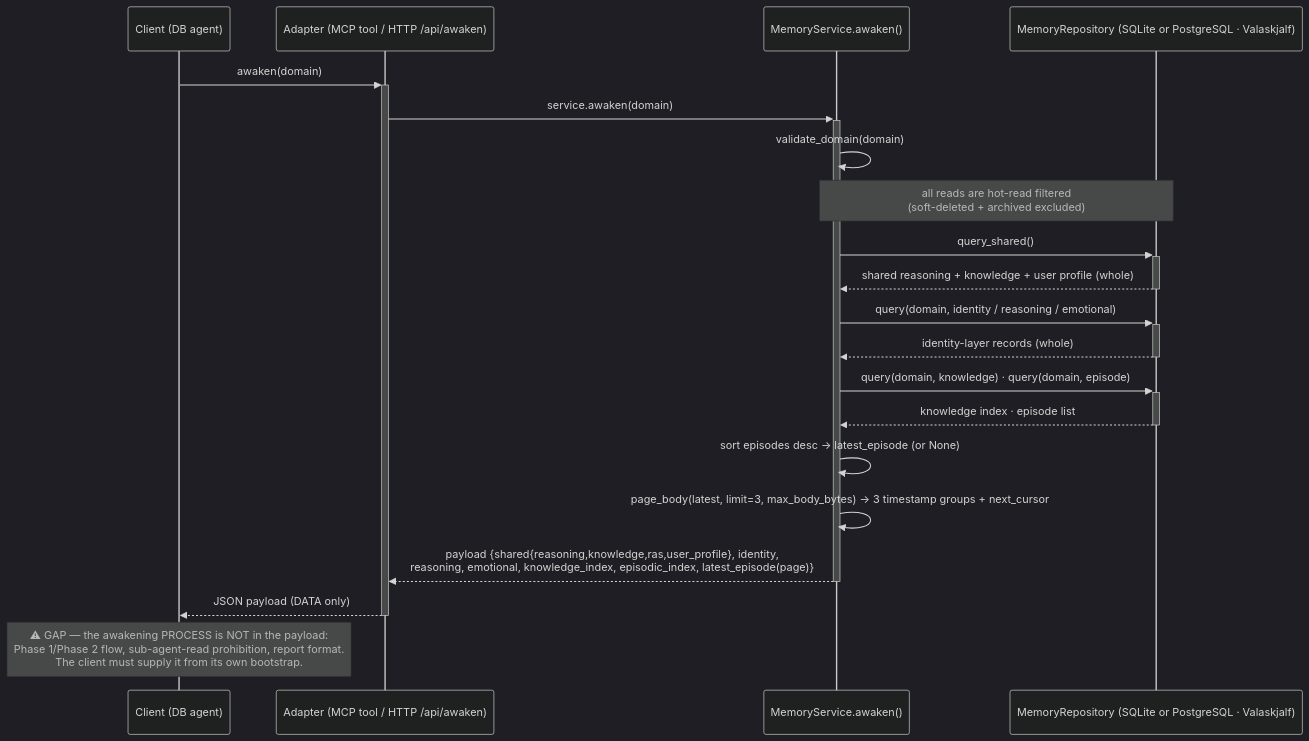
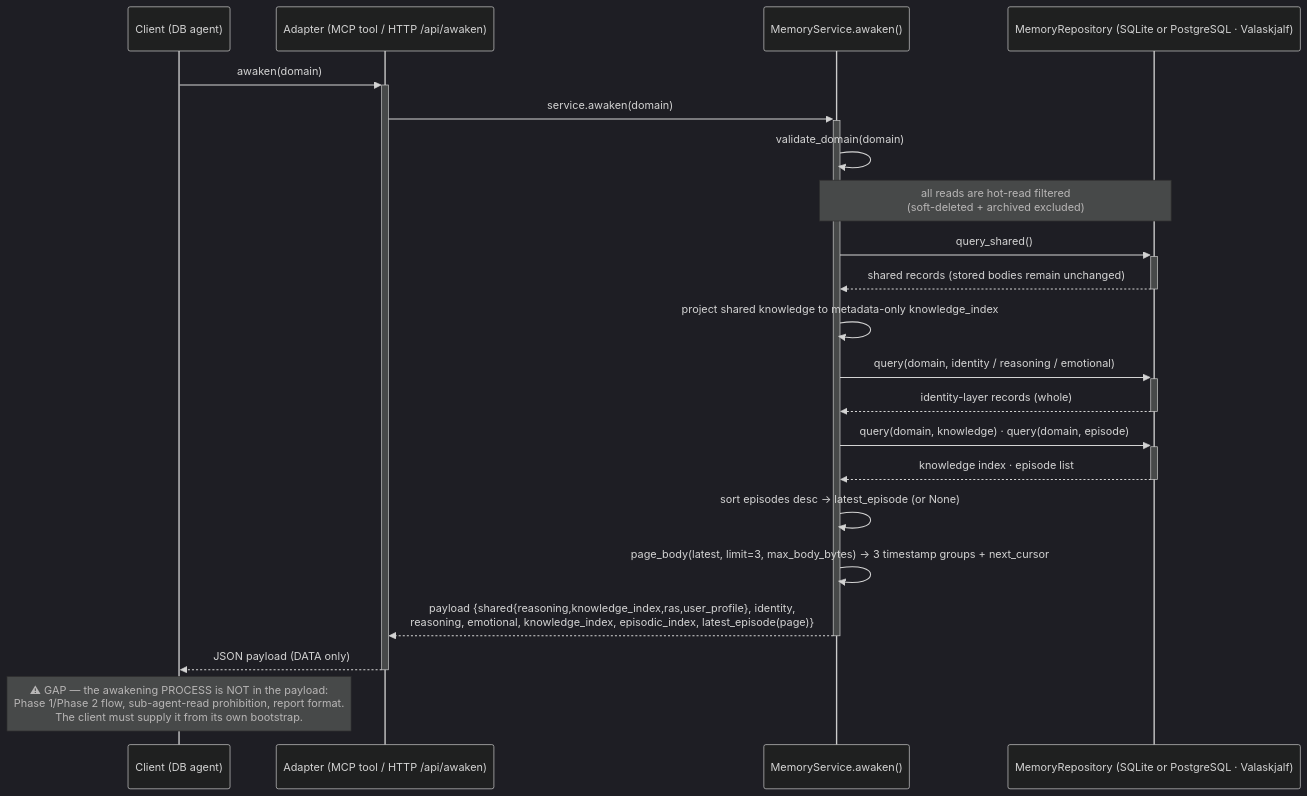
The diagram in docs/flows/awaken-db.md (alvseek/agent-memory-server), drawn with Mermaid (dark theme) before and after one commit. The commit also changed other lines of this file and 8 other files, not shown here.

First line of the commit message:
feat: return shared knowledge as an index at awakening

````diff
--- a/docs/flows/awaken-db.md
+++ b/docs/flows/awaken-db.md
@@ -16,26 +16,27 @@
 ```mermaid
 sequenceDiagram
     participant C as Client (DB agent)
     participant A as Adapter (MCP tool / HTTP /api/awaken)
     participant S as MemoryService.awaken()
     participant R as MemoryRepository (SQLite or PostgreSQL · Valaskjalf)
 
     C->>+A: awaken(domain)
     A->>+S: service.awaken(domain)
     S->>S: validate_domain(domain)
 
     Note over S,R: all reads are hot-read filtered<br/>(soft-deleted + archived excluded)
     S->>+R: query_shared()
-    R-->>-S: shared reasoning + knowledge + user profile (whole)
+    R-->>-S: shared records (stored bodies remain unchanged)
+    S->>S: project shared knowledge to metadata-only knowledge_index
     S->>+R: query(domain, identity / reasoning / emotional)
     R-->>-S: identity-layer records (whole)
     S->>+R: query(domain, knowledge) · query(domain, episode)
     R-->>-S: knowledge index · episode list
 
     S->>S: sort episodes desc → latest_episode (or None)
     S->>S: page_body(latest, limit=3, max_body_bytes) → 3 timestamp groups + next_cursor
-    S-->>-A: payload {shared{reasoning,knowledge,ras,user_profile}, identity,<br/>reasoning, emotional, knowledge_index, episodic_index, latest_episode(page)}
+    S-->>-A: payload {shared{reasoning,knowledge_index,ras,user_profile}, identity,<br/>reasoning, emotional, knowledge_index, episodic_index, latest_episode(page)}
     A-->>-C: JSON payload (DATA only)
 
     Note over C: ⚠ GAP — the awakening PROCESS is NOT in the payload:<br/>Phase 1/Phase 2 flow, sub-agent-read prohibition, report format.<br/>The client must supply it from its own bootstrap.
 ```
````
